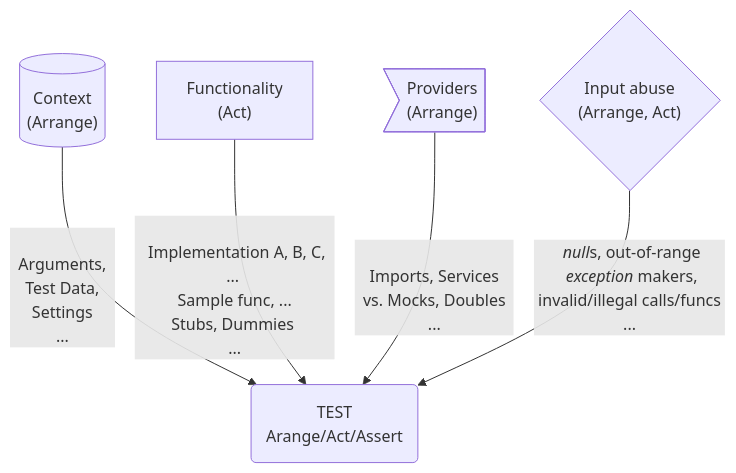
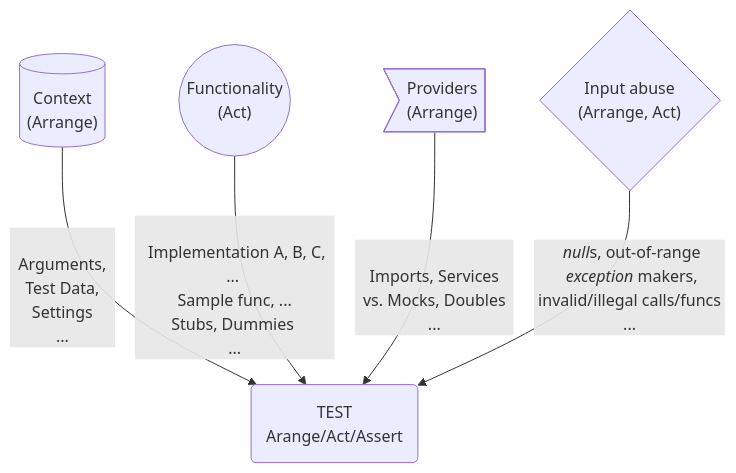
Before and after one commit to Kyriosity/read-write: the diagram in README+/software/tests/asQA/README+/tests-damp_vs_dry.md, drawn with Mermaid. The commit also changed other lines of this file, not shown here.

````diff
--- a/README+/software/tests/asQA/README+/tests-damp_vs_dry.md
+++ b/README+/software/tests/asQA/README+/tests-damp_vs_dry.md
@@ -37,8 +39,8 @@
 ```mermaid
 graph TD
     idCx[(Context<br />&lpar;Arrange&rpar;)] -->|<br />&nbsp;&nbsp;Arguments,&nbsp;&nbsp;<br />&nbsp;&nbsp;Test Data,&nbsp;&nbsp;<br />&nbsp;&nbsp;Settings&nbsp;&nbsp;<br />...| UT(TEST<br />Arange/Act/Assert)
-    idFnc[Functionality<br />&lpar;Act&rpar;] -->|<br />&nbsp;&nbsp;Implementation A, B, C, ...&nbsp;<br >&nbsp;Sample func, ...&nbsp;</br>&nbsp;Stubs, Dummies&nbsp;&nbsp;<br />...| UT
+    idFnc((Functionality<br />&lpar;Act&rpar;)) -->|<br />&nbsp;&nbsp;Implementation A, B, C, ...&nbsp;<br >&nbsp;Sample func, ...&nbsp;</br>&nbsp;Stubs, Dummies&nbsp;&nbsp;<br />...| UT
     idSrv>Providers<br />&lpar;Arrange&rpar;] -->|<br />&nbsp;&nbsp;Imports, Services&nbsp;&nbsp;<br />&nbsp;&nbsp;vs. Mocks, Doubles&nbsp;&nbsp;<br />...| UT
     idAbs{Input abuse<br />&lpar;Arrange, Act&rpar;} -->|&nbsp;&nbsp;<i>null</i>s, out-of-range&nbsp;<br />&nbsp;&nbsp;<i>exception</i> makers,&nbsp;<br />&nbsp;invalid/illegal calls/funcs&nbsp;<br />...| UT
 
 ```
````
